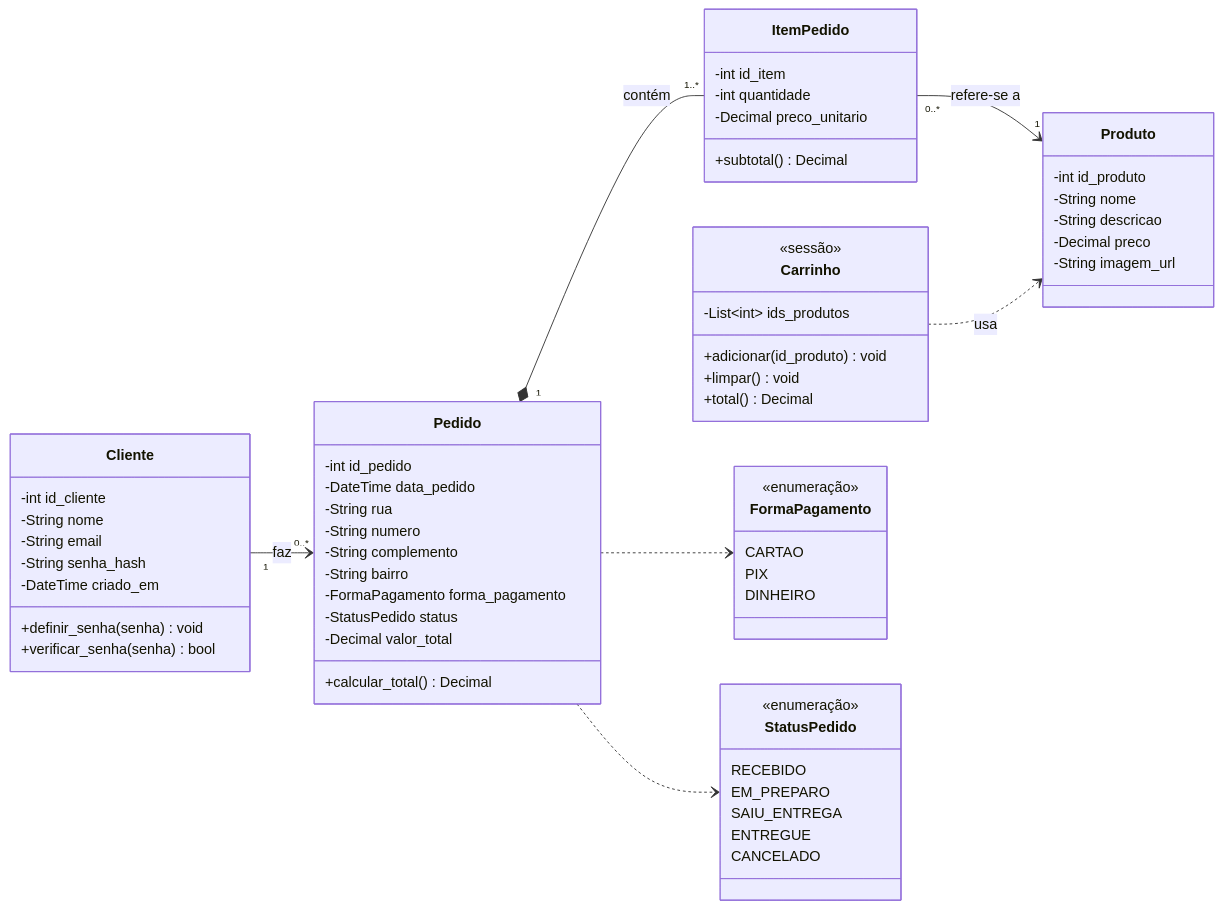
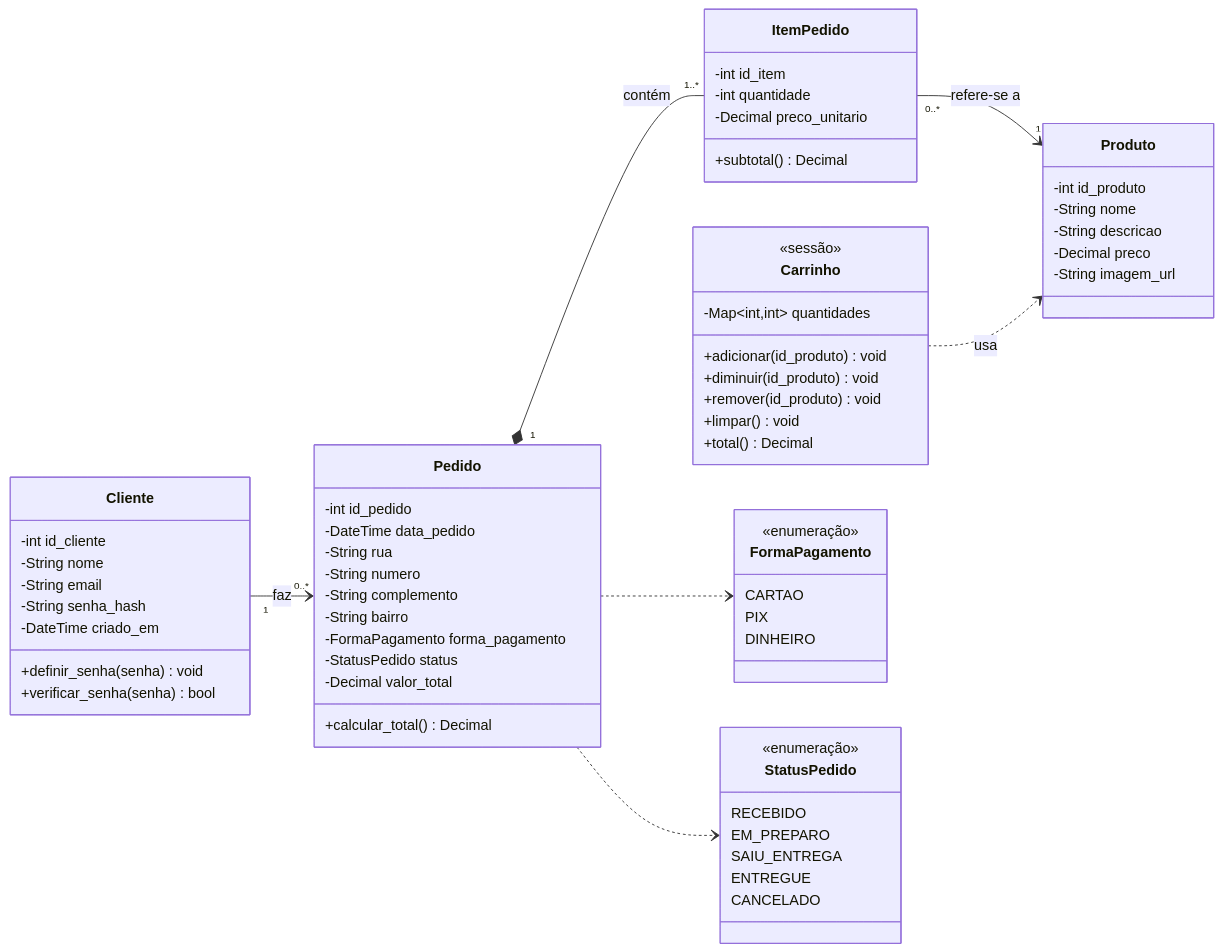
One commit to klevessond/vitrine_online changed the second of 7 diagrams in docs/planejamento/02-modelagem-uml.md. Above: the diagram before and after it, drawn with Mermaid. The commit also changed other lines of this file and 23 other files, not shown here.

````diff
--- a/docs/planejamento/02-modelagem-uml.md
+++ b/docs/planejamento/02-modelagem-uml.md
@@ -140,73 +140,75 @@
 ```mermaid
 classDiagram
     direction LR
 
     class Cliente {
         -int id_cliente
         -String nome
         -String email
         -String senha_hash
         -DateTime criado_em
         +definir_senha(senha) void
         +verificar_senha(senha) bool
     }
 
     class Produto {
         -int id_produto
         -String nome
         -String descricao
         -Decimal preco
         -String imagem_url
     }
 
     class Pedido {
         -int id_pedido
         -DateTime data_pedido
         -String rua
         -String numero
         -String complemento
         -String bairro
         -FormaPagamento forma_pagamento
         -StatusPedido status
         -Decimal valor_total
         +calcular_total() Decimal
     }
 
     class ItemPedido {
         -int id_item
         -int quantidade
         -Decimal preco_unitario
         +subtotal() Decimal
     }
 
     class Carrinho {
         <<sessão>>
-        -List~int~ ids_produtos
+        -Map~int,int~ quantidades
         +adicionar(id_produto) void
+        +diminuir(id_produto) void
+        +remover(id_produto) void
         +limpar() void
         +total() Decimal
     }
 
     class FormaPagamento {
         <<enumeração>>
         CARTAO
         PIX
         DINHEIRO
     }
 
     class StatusPedido {
         <<enumeração>>
         RECEBIDO
         EM_PREPARO
         SAIU_ENTREGA
         ENTREGUE
         CANCELADO
     }
 
     Cliente "1" --> "0..*" Pedido : faz
     Pedido "1" *-- "1..*" ItemPedido : contém
     ItemPedido "0..*" --> "1" Produto : refere-se a
     Carrinho ..> Produto : usa
     Pedido ..> FormaPagamento
     Pedido ..> StatusPedido
 ```
````
